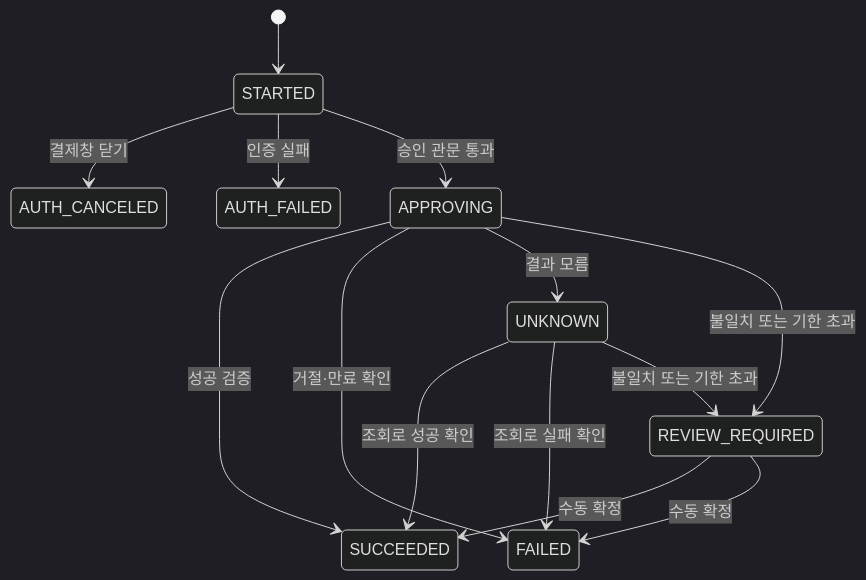
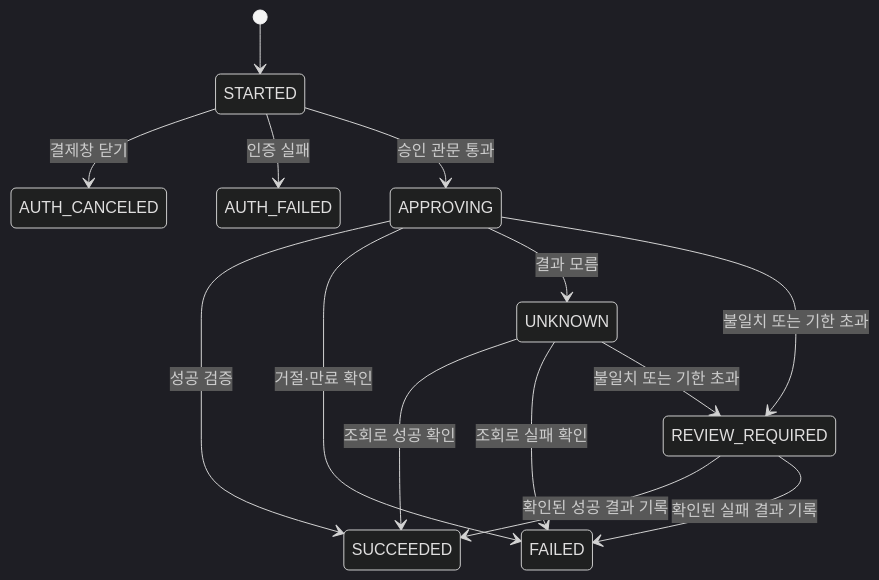
Before and after one commit to lee-gimoon/payment-service: the third of 3 diagrams in docs/architecture.md, drawn with Mermaid (dark theme). The commit also changed other lines of this file and 7 other files, not shown here.

````diff
--- a/docs/architecture.md
+++ b/docs/architecture.md
@@ -111,16 +125,16 @@
 ```mermaid
 stateDiagram-v2
     [*] --> STARTED
     STARTED --> AUTH_CANCELED: 결제창 닫기
     STARTED --> AUTH_FAILED: 인증 실패
     STARTED --> APPROVING: 승인 관문 통과
     APPROVING --> SUCCEEDED: 성공 검증
     APPROVING --> FAILED: 거절·만료 확인
     APPROVING --> UNKNOWN: 결과 모름
     APPROVING --> REVIEW_REQUIRED: 불일치 또는 기한 초과
     UNKNOWN --> SUCCEEDED: 조회로 성공 확인
     UNKNOWN --> FAILED: 조회로 실패 확인
     UNKNOWN --> REVIEW_REQUIRED: 불일치 또는 기한 초과
-    REVIEW_REQUIRED --> SUCCEEDED: 수동 확정
-    REVIEW_REQUIRED --> FAILED: 수동 확정
+    REVIEW_REQUIRED --> SUCCEEDED: 확인된 성공 결과 기록
+    REVIEW_REQUIRED --> FAILED: 확인된 실패 결과 기록
 ```
````
